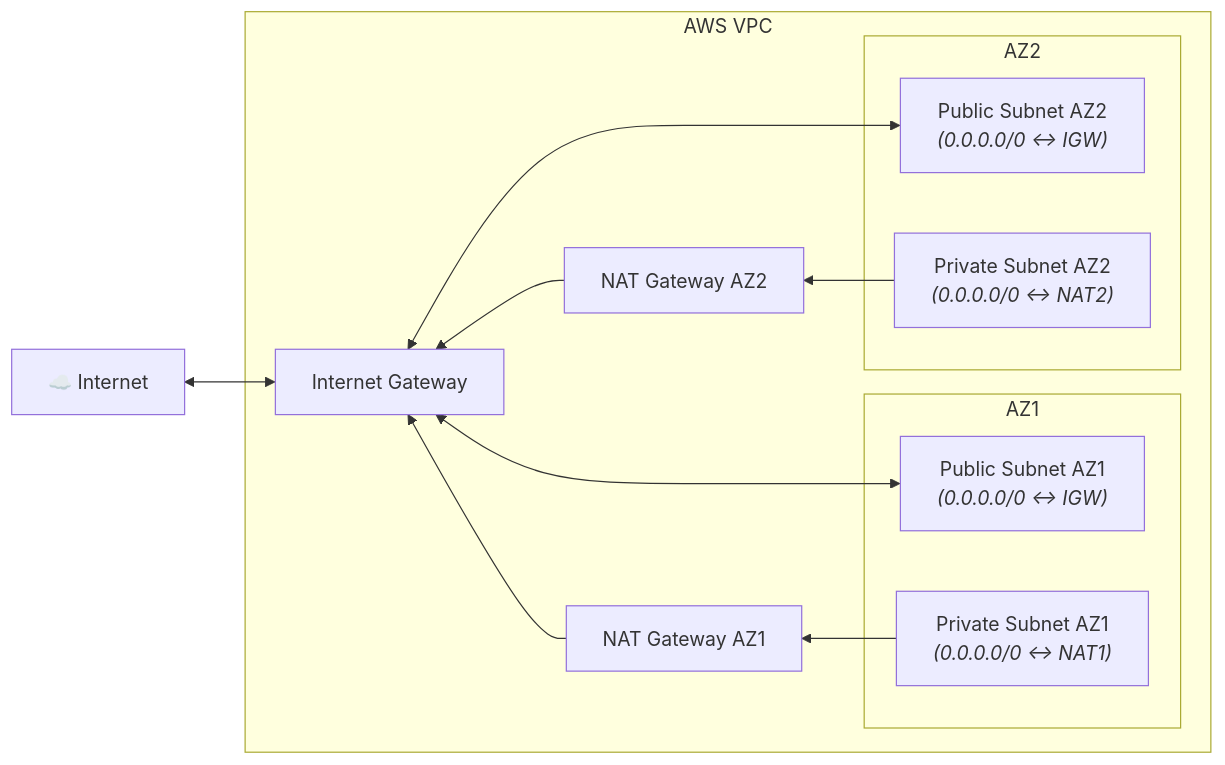
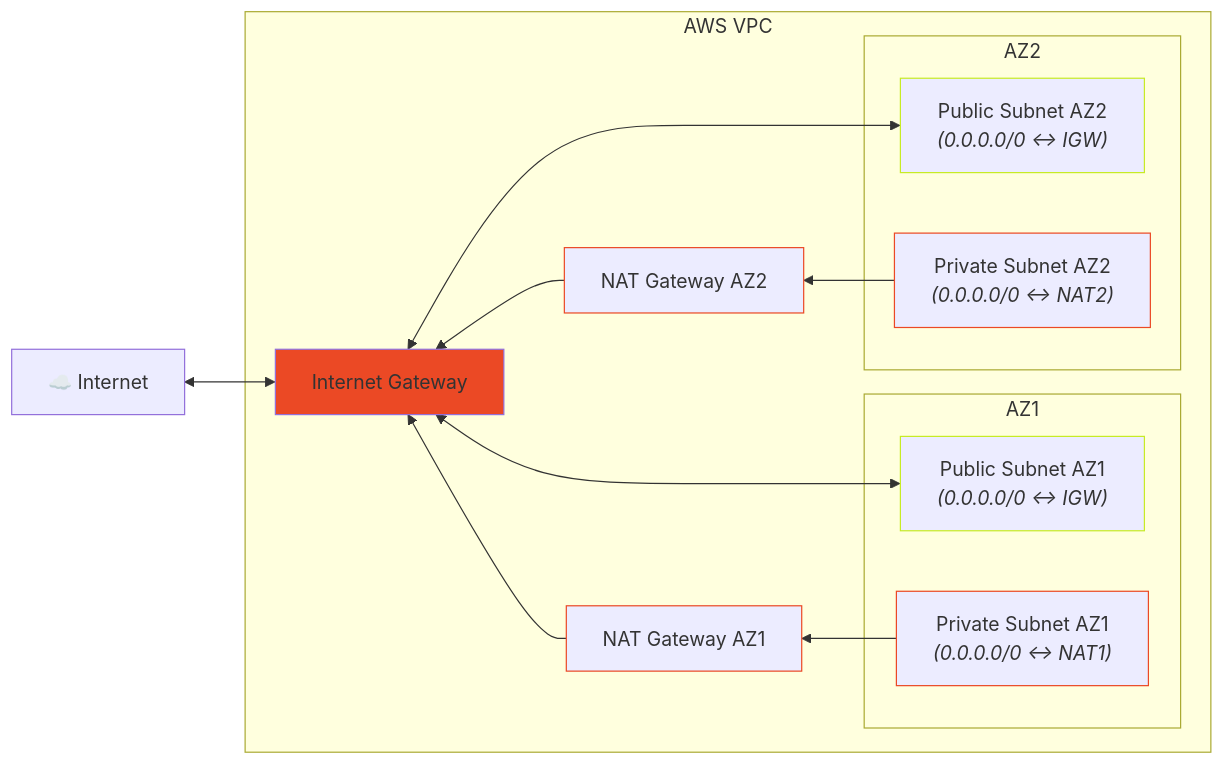
The diagram in content/posts/training/Terraform/Terraform on AWS with SRE & IaC DevOps/06-vpc/index.md (rtdevx/rtdevx.github.io), drawn with Mermaid before and after one commit.

Commit message:
Obsidian sync: 2025-12-20 20:36:22

```diff
--- a/content/posts/training/Terraform/Terraform on AWS with SRE & IaC DevOps/06-vpc/index.md
+++ b/content/posts/training/Terraform/Terraform on AWS with SRE & IaC DevOps/06-vpc/index.md
@@ -28,45 +28,51 @@
 {{< mermaid >}}
 
 flowchart RL
+
+%% Class Definitions
+classDef redclass fill:#EB4925
+classDef redclasss stroke:#EB4925
+classDef yellowclass stroke:#EBAC25
+classDef greenclass stroke:#C7EB25
 
     %% External Internet
     Internet["☁️ Internet"]
 
     %% VPC container
     subgraph VPC["AWS VPC"]
 
         %% IGW + NATs
-        IGW["Internet Gateway"]
-        NAT1["NAT Gateway AZ1"]
-        NAT2["NAT Gateway AZ2"]
+        IGW["Internet Gateway"]:::redclass
+        NAT1["NAT Gateway AZ1"]:::redclasss
+        NAT2["NAT Gateway AZ2"]:::redclasss
 
         %% AZ1
         subgraph AZ1["AZ1"]
-            Pub1["Public Subnet AZ1<br/><i>(0.0.0.0/0 ↔ IGW)</i>"]
-            Priv1["Private Subnet AZ1<br/><i>(0.0.0.0/0 ↔ NAT1)</i>"]
+            Pub1["Public Subnet AZ1<br/><i>(0.0.0.0/0 ↔ IGW)</i>"]:::greenclass
+            Priv1["Private Subnet AZ1<br/><i>(0.0.0.0/0 ↔ NAT1)</i>"]:::redclasss
         end
 
         %% AZ2
         subgraph AZ2["AZ2"]
-            Pub2["Public Subnet AZ2<br/><i>(0.0.0.0/0 ↔ IGW)</i>"]
-            Priv2["Private Subnet AZ2<br/><i>(0.0.0.0/0 ↔ NAT2)</i>"]
+            Pub2["Public Subnet AZ2<br/><i>(0.0.0.0/0 ↔ IGW)</i>"]:::greenclass
+            Priv2["Private Subnet AZ2<br/><i>(0.0.0.0/0 ↔ NAT2)</i>"]:::redclasss
         end
 
         %% Public subnet traffic (bi-directional)
         Pub1 <--> IGW
         Pub2 <--> IGW
 
         %% Private subnet traffic (bi-directional)
         Priv1 --> NAT1
         Priv2 --> NAT2
 
         %% NAT ↔ IGW (bi-directional)
         NAT1 --> IGW
         NAT2 --> IGW
 
     end
 
     %% IGW ↔ Internet (bi-directional)
     IGW <--> Internet
 
 {{< /mermaid >}}
```
